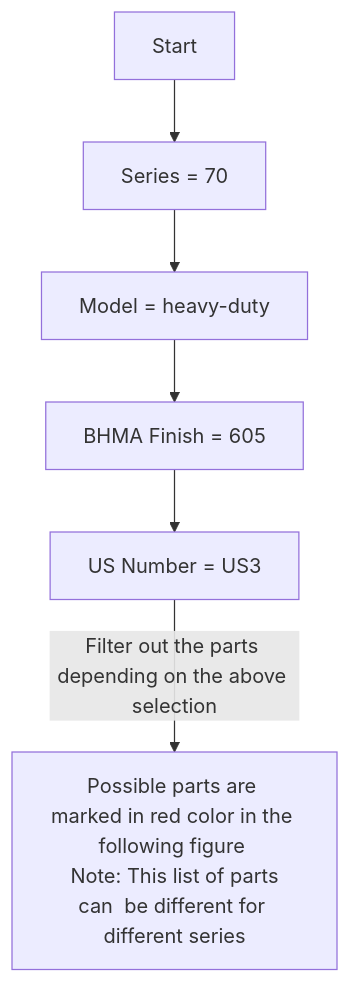
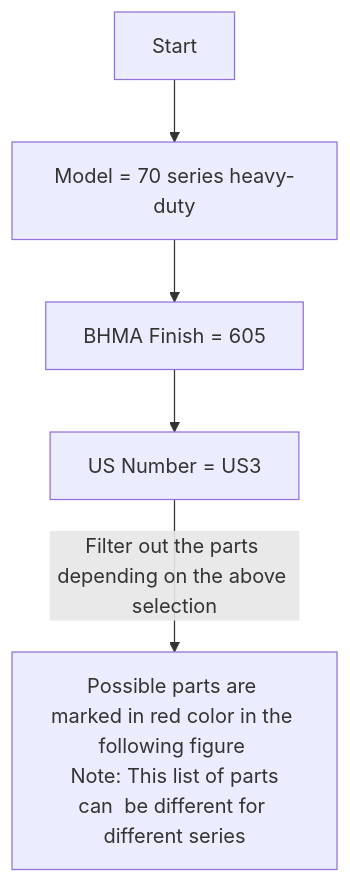
Before and after one commit to alokdas81/diamond-pricebook-diagram: the fourth of 4 diagrams in README.md, drawn with Mermaid. The commit also changed other lines of this file, not shown here.

````diff
--- a/README.md
+++ b/README.md
@@ -330,6 +332,6 @@
 ```mermaid
 flowchart TD
 
-A[Start] --> B[Series = 70] --> C[Model = heavy-duty]
-C --> D[BHMA Finish = 605] --> E[US Number = US3] --> |Filter out the parts depending on the above selection| F[Possible parts are marked in red color in the following figure \n Note: This list of parts can  be different for different series]
+A[Start] --> B[Model = 70 series heavy-duty]
+ --> D[BHMA Finish = 605] --> E[US Number = US3] --> |Filter out the parts depending on the above selection| F[Possible parts are marked in red color in the following figure \n Note: This list of parts can  be different for different series]
 ```
````
